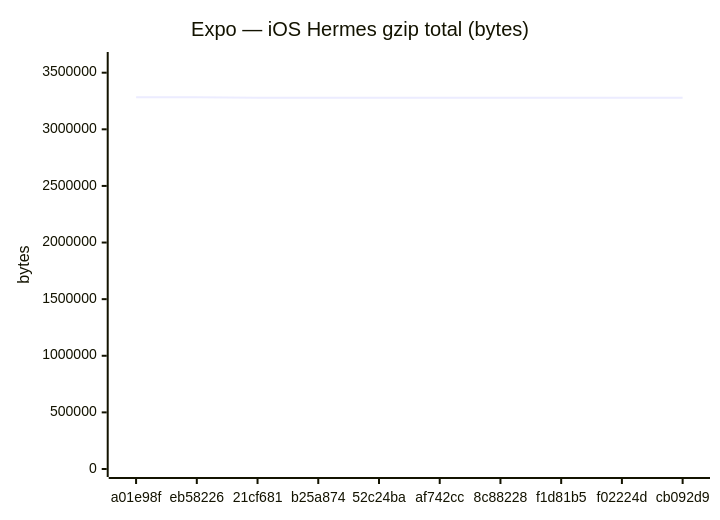
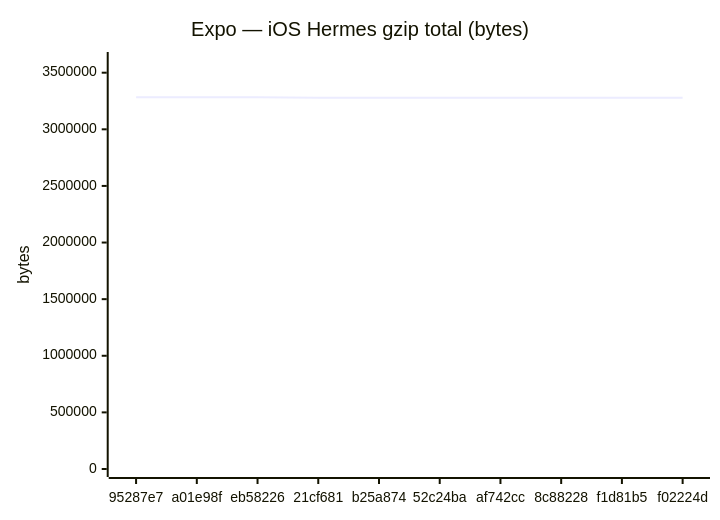
Before and after one commit to Metaheurist/Rianell: the sixth of 18 diagrams in benchmarks/compare.md, drawn with Mermaid. The commit also changed other lines of this file and 11 other files, not shown here.

````diff
--- a/benchmarks/compare.md
+++ b/benchmarks/compare.md
@@ -96,7 +96,7 @@
 ```mermaid
 xychart-beta
     title "Expo — iOS Hermes gzip total (bytes)"
-    x-axis ["a01e98f", "eb58226", "21cf681", "b25a874", "52c24ba", "af742cc", "8c88228", "f1d81b5", "f02224d", "cb092d9"]
+    x-axis ["95287e7", "a01e98f", "eb58226", "21cf681", "b25a874", "52c24ba", "af742cc", "8c88228", "f1d81b5", "f02224d"]
     y-axis "bytes" 0 --> 3612148
-    line [3283770, 3283769, 3278198, 3278199, 3278191, 3278197, 3277689, 3278200, 3278200, 3278198]
+    line [3283767, 3283770, 3283769, 3278198, 3278199, 3278191, 3278197, 3277689, 3278200, 3278200]
 ```
````
